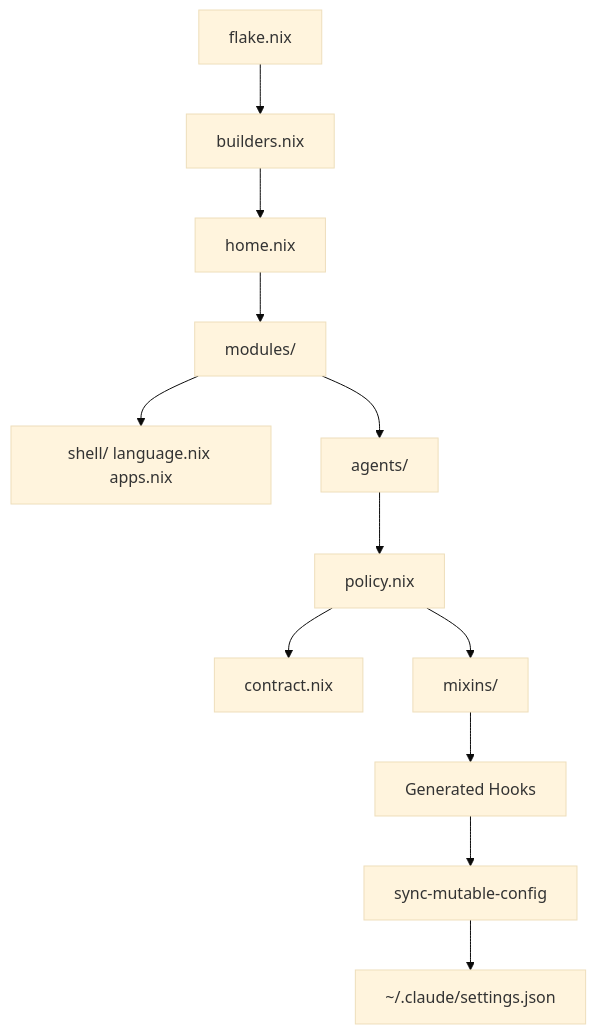
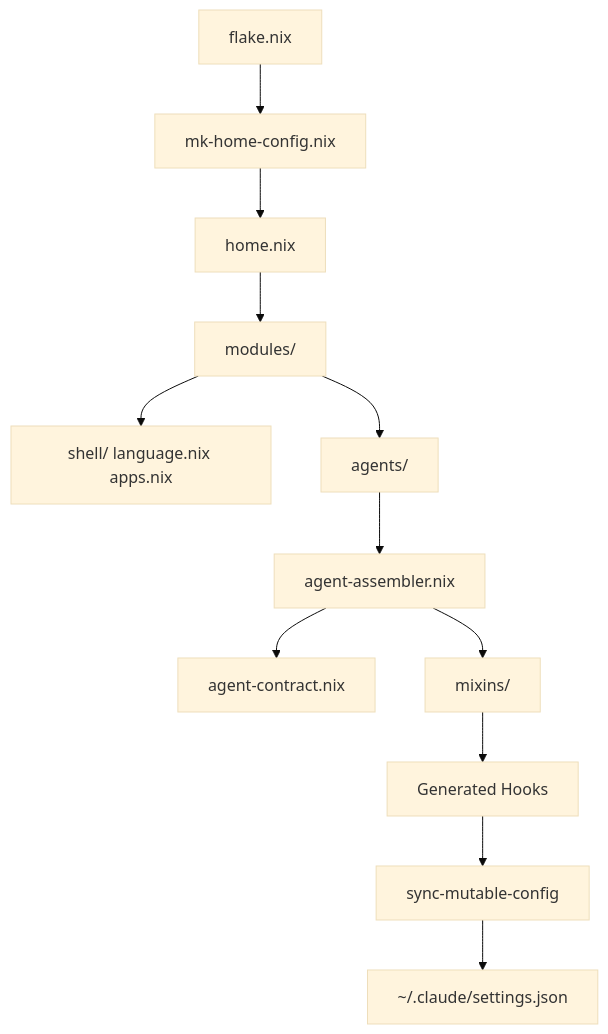
One commit to vanillacake369/tonys-nix changed the diagram in docs/concepts/how-nix-works.md. Above: the diagram before and after it, drawn with Mermaid (base theme). The commit also changed other lines of this file and 14 other files, not shown here.

````diff
--- a/docs/concepts/how-nix-works.md
+++ b/docs/concepts/how-nix-works.md
@@ -108,14 +108,14 @@
 ```mermaid
 graph TD
-    A[flake.nix] --> B[builders.nix]
+    A[flake.nix] --> B[mk-home-config.nix]
     B --> C[home.nix]
     C --> D[modules/]
     D --> E[shell/ language.nix apps.nix]
     D --> F[agents/]
-    F --> G[policy.nix]
-    G --> H[contract.nix]
+    F --> G[agent-assembler.nix]
+    G --> H[agent-contract.nix]
     G --> I[mixins/]
     I --> J[Generated Hooks]
     J --> K[sync-mutable-config]
     K --> L["~/.claude/settings.json"]
 ```
````
